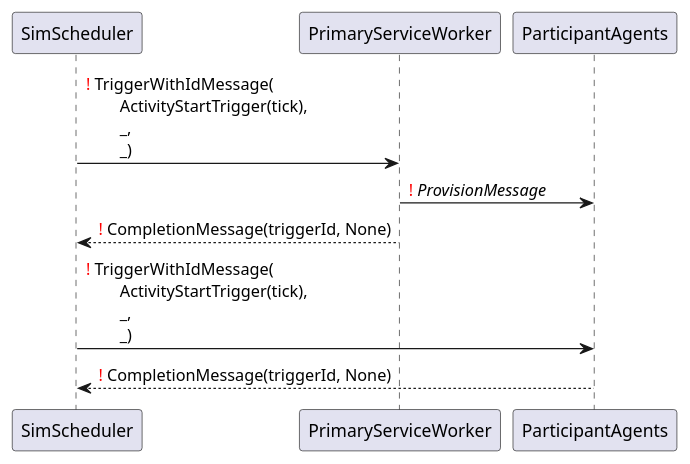
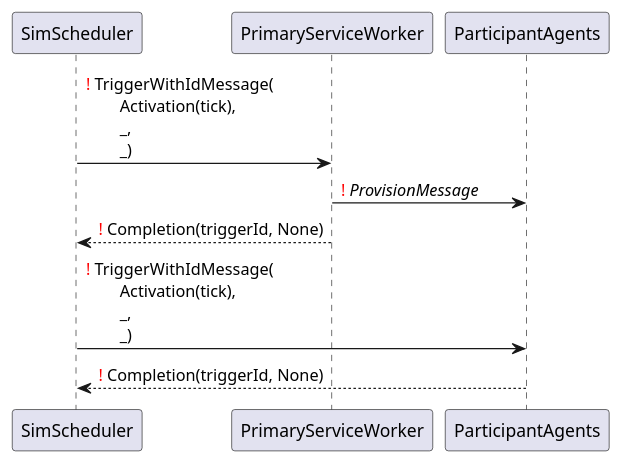
Before and after one commit to ie3-institute/simona: the diagram in docs/uml/protocol/ParticipantTriggeredByPrimaryData.puml, drawn with PlantUML. The commit also changed 6 other files, not shown here.

Commit message:
Renamed UML variables ActivityStartTrigger, ScheduleTriggerMessage, CompletionMessage

```diff
--- a/docs/uml/protocol/ParticipantTriggeredByPrimaryData.puml
+++ b/docs/uml/protocol/ParticipantTriggeredByPrimaryData.puml
@@ -1,7 +1,7 @@
 @startuml
-SimScheduler -> PrimaryServiceWorker: <font color=red>!</font> TriggerWithIdMessage(\n\tActivityStartTrigger(tick),\n\t_,\n\t_)
+SimScheduler -> PrimaryServiceWorker: <font color=red>!</font> TriggerWithIdMessage(\n\tActivation(tick),\n\t_,\n\t_)
 PrimaryServiceWorker -> ParticipantAgents: <font color=red>!</font> <i>ProvisionMessage</i>
-PrimaryServiceWorker --> SimScheduler: <font color=red>!</font> CompletionMessage(triggerId, None)
-SimScheduler -> ParticipantAgents: <font color=red>!</font> TriggerWithIdMessage(\n\tActivityStartTrigger(tick),\n\t_,\n\t_)
-ParticipantAgents --> SimScheduler: <font color=red>!</font> CompletionMessage(triggerId, None)
+PrimaryServiceWorker --> SimScheduler: <font color=red>!</font> Completion(triggerId, None)
+SimScheduler -> ParticipantAgents: <font color=red>!</font> TriggerWithIdMessage(\n\tActivation(tick),\n\t_,\n\t_)
+ParticipantAgents --> SimScheduler: <font color=red>!</font> Completion(triggerId, None)
 @enduml
```
